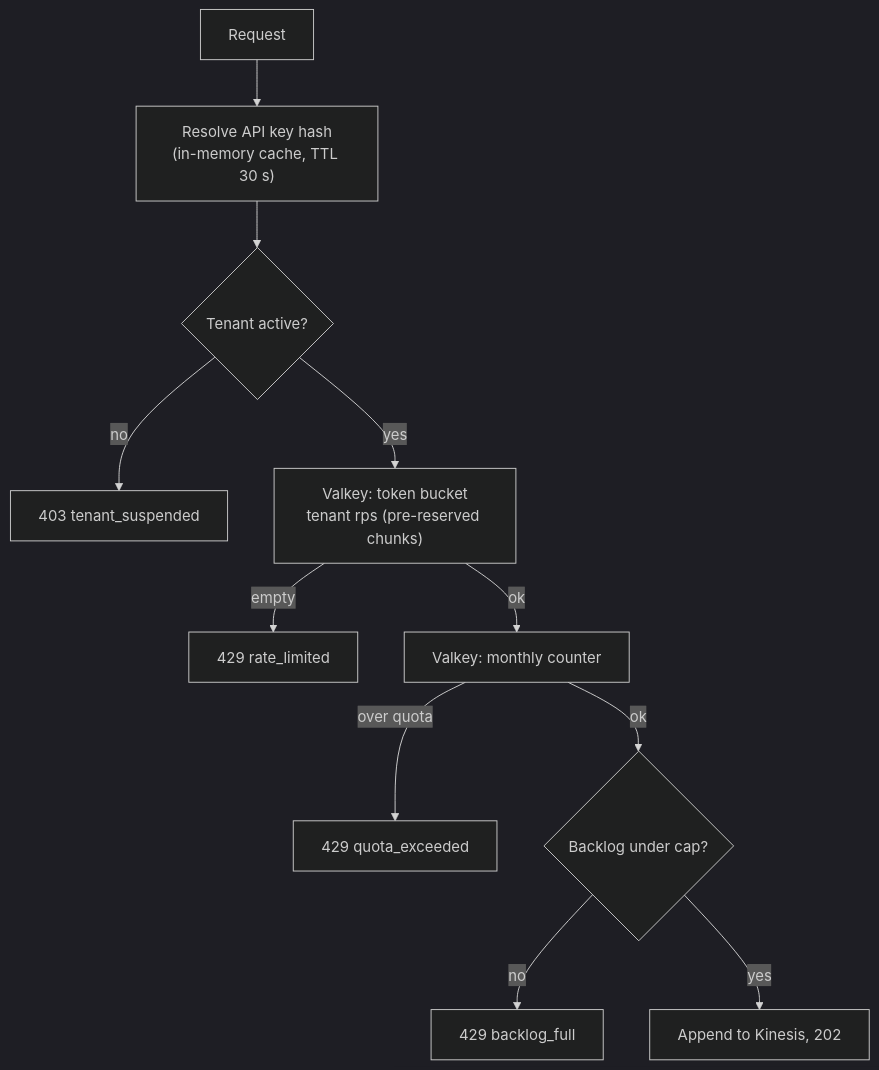
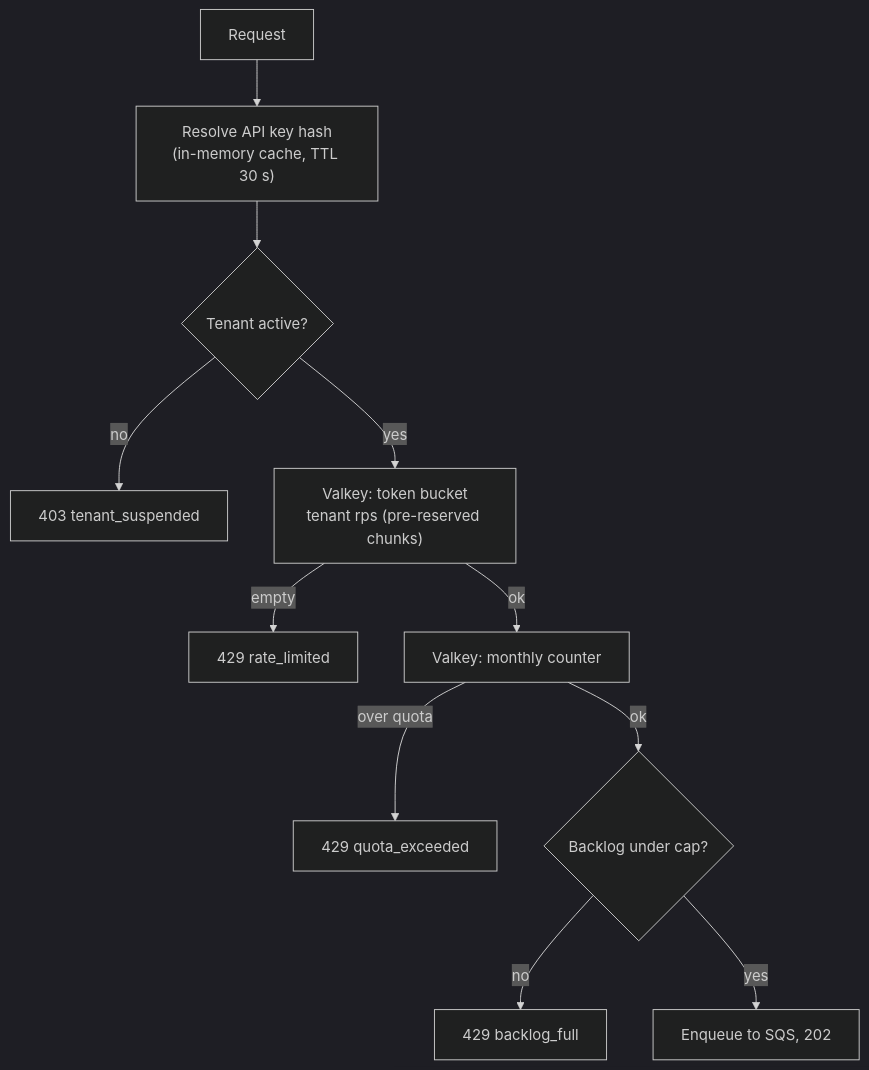
Before and after one commit to twobudgies/WebhookGateway: the diagram in docs/tenancy-and-limits.md, drawn with Mermaid (dark theme). The commit also changed other lines of this file and 6 other files, not shown here.

Commit message:
docs: architecture v4 - cost-first Stage 1 on SQS (no Kinesis), cost model

````diff
--- a/docs/tenancy-and-limits.md
+++ b/docs/tenancy-and-limits.md
@@ -48,13 +48,13 @@
 ```mermaid
 flowchart TD
   R["Request"] --> A["Resolve API key hash<br/>(in-memory cache, TTL 30 s)"]
   A --> T{"Tenant active?"}
   T -- "no" --> F1["403 tenant_suspended"]
   T -- "yes" --> B["Valkey: token bucket<br/>tenant rps (pre-reserved chunks)"]
   B -- "empty" --> F2["429 rate_limited"]
   B -- "ok" --> M["Valkey: monthly counter"]
   M -- "over quota" --> F3["429 quota_exceeded"]
   M -- "ok" --> G{"Backlog under cap?"}
   G -- "no" --> F4["429 backlog_full"]
-  G -- "yes" --> P["Append to Kinesis, 202"]
+  G -- "yes" --> P["Enqueue to SQS, 202"]
 ```
````
